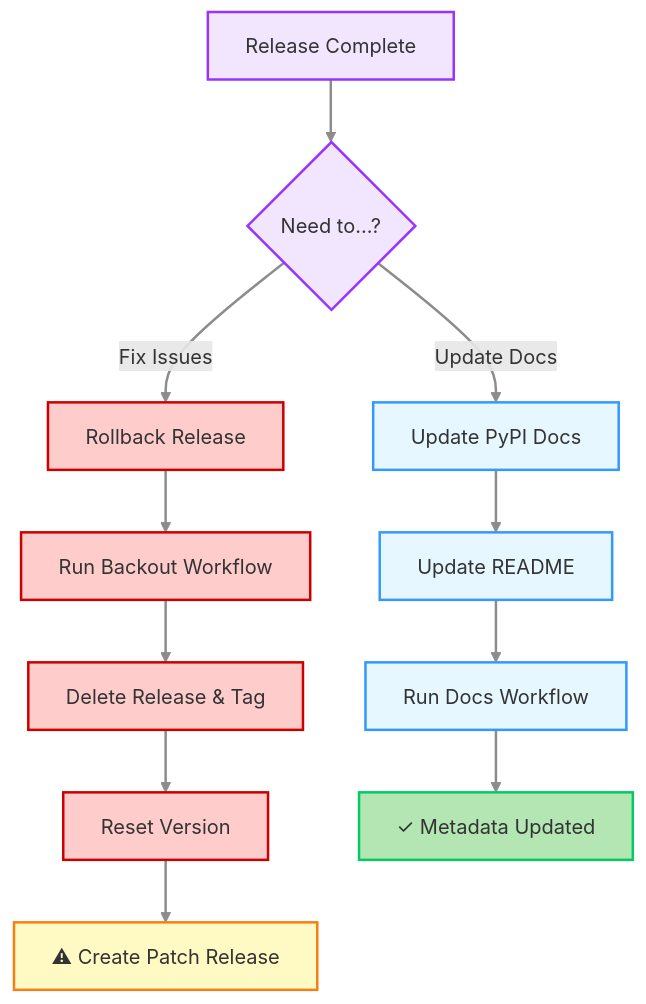
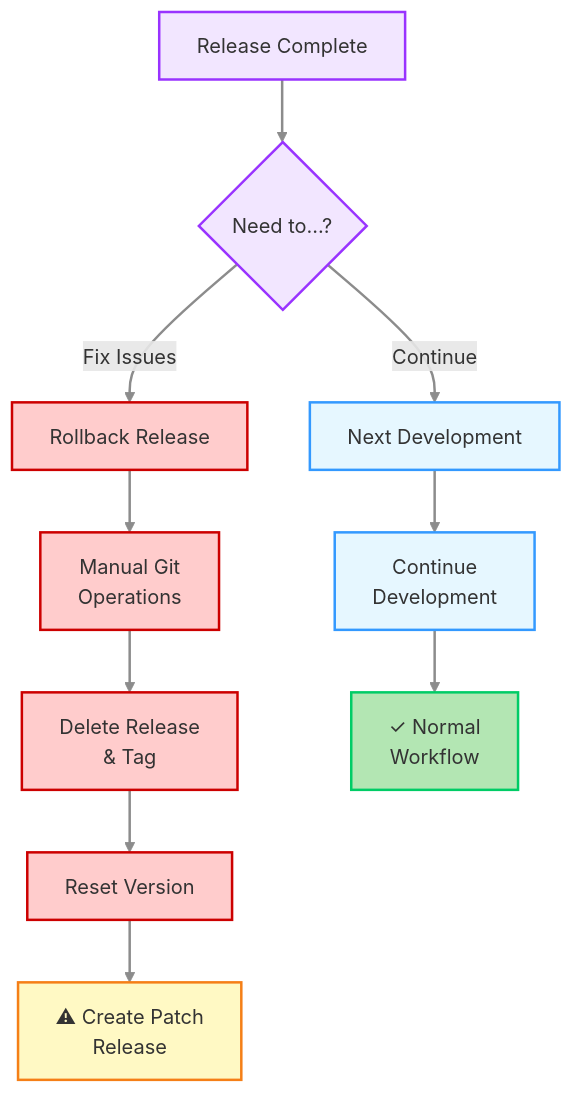
Before and after one commit to minouris/spafw37: diagram 11 of 18 in .github/RELEASE_PROCESS.md, drawn with Mermaid. The commit also changed other lines of this file, not shown here.

Commit message:
Updated documentation for release workflows

````diff
--- a/.github/RELEASE_PROCESS.md
+++ b/.github/RELEASE_PROCESS.md
@@ -424,29 +929,28 @@
 ```mermaid
 graph TD
     A[Release Complete] --> B{Need to...?}
     B -->|Fix Issues| C[Rollback Release]
-    B -->|Update Docs| D[Update PyPI Docs]
+    B -->|Continue| D[Next Development]
     
-    C --> C1[Run Backout Workflow]
-    C1 --> C2[Delete Release & Tag]
+    C --> C1[Manual Git<br/>Operations]
+    C1 --> C2[Delete Release<br/>& Tag]
     C2 --> C3[Reset Version]
-    C3 --> C4[⚠ Create Patch Release]
+    C3 --> C4[⚠ Create Patch<br/>Release]
     
-    D --> D1[Update README]
-    D1 --> D2[Run Docs Workflow]
-    D2 --> D3[✓ Metadata Updated]
+    D --> D1[Continue<br/>Development]
+    D1 --> D2[✓ Normal<br/>Workflow]
     
     classDef decisionStyle fill:#f2e6ff,stroke:#9933ff,stroke-width:2px,color:#333
     classDef rollbackStyle fill:#ffcccc,stroke:#cc0000,stroke-width:2px,color:#333
-    classDef docsStyle fill:#e6f7ff,stroke:#3399ff,stroke-width:2px,color:#333
+    classDef processStyle fill:#e6f7ff,stroke:#3399ff,stroke-width:2px,color:#333
     classDef warningStyle fill:#fff9c4,stroke:#f57f17,stroke-width:2px,color:#333
     classDef successStyle fill:#b3e6b3,stroke:#00cc66,stroke-width:2px,color:#333
     
     class A,B decisionStyle
     class C,C1,C2,C3 rollbackStyle
-    class D,D1,D2 docsStyle
+    class D,D1 processStyle
     class C4 warningStyle
-    class D3 successStyle
+    class D2 successStyle
     
     linkStyle default stroke:#8c8c8c,stroke-width:2px
 ```
````
